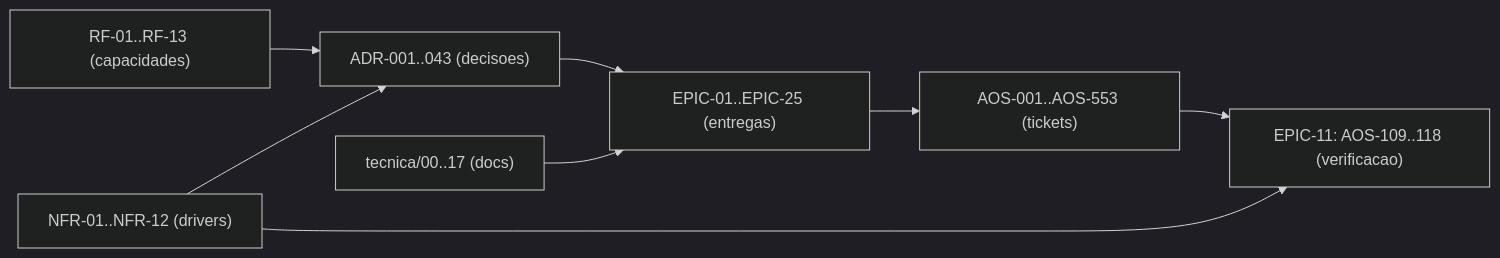
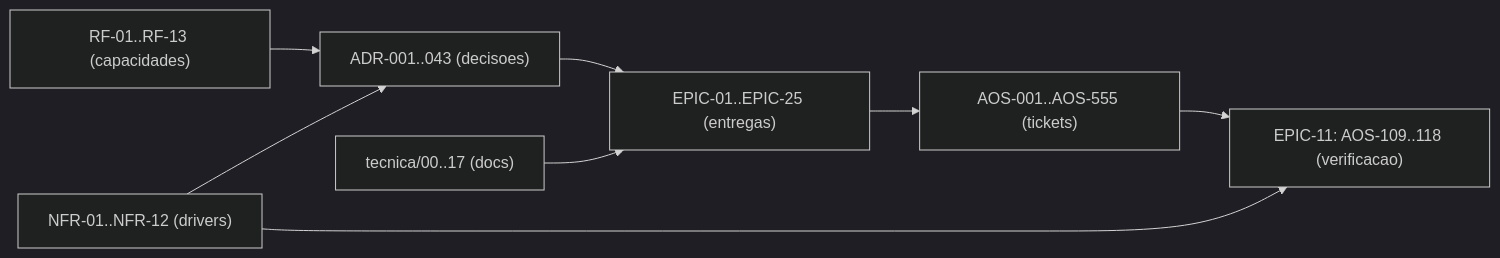
The diagram in tecnica/16_Rastreabilidade_RTM.md (albinoJimy/aos), drawn with Mermaid (dark theme) before and after one commit. The commit also changed other lines of this file and 1 other file, not shown here.

First line of the commit message:
docs(AOS-554): os dois resíduos que o AOS-550 declarou em vez de fechar

````diff
--- a/tecnica/16_Rastreabilidade_RTM.md
+++ b/tecnica/16_Rastreabilidade_RTM.md
@@ -212,10 +212,10 @@
 ```mermaid
 flowchart LR
     RF["RF-01..RF-13 (capacidades)"] --> ADR["ADR-001..043 (decisoes)"]
     NFR["NFR-01..NFR-12 (drivers)"] --> ADR
     ADR --> EPIC["EPIC-01..EPIC-25 (entregas)"]
-    EPIC --> TICK["AOS-001..AOS-553 (tickets)"]
+    EPIC --> TICK["AOS-001..AOS-555 (tickets)"]
     DOC["tecnica/00..17 (docs)"] --> EPIC
     TICK --> TEST["EPIC-11: AOS-109..118 (verificacao)"]
     NFR --> TEST
 ```
````
